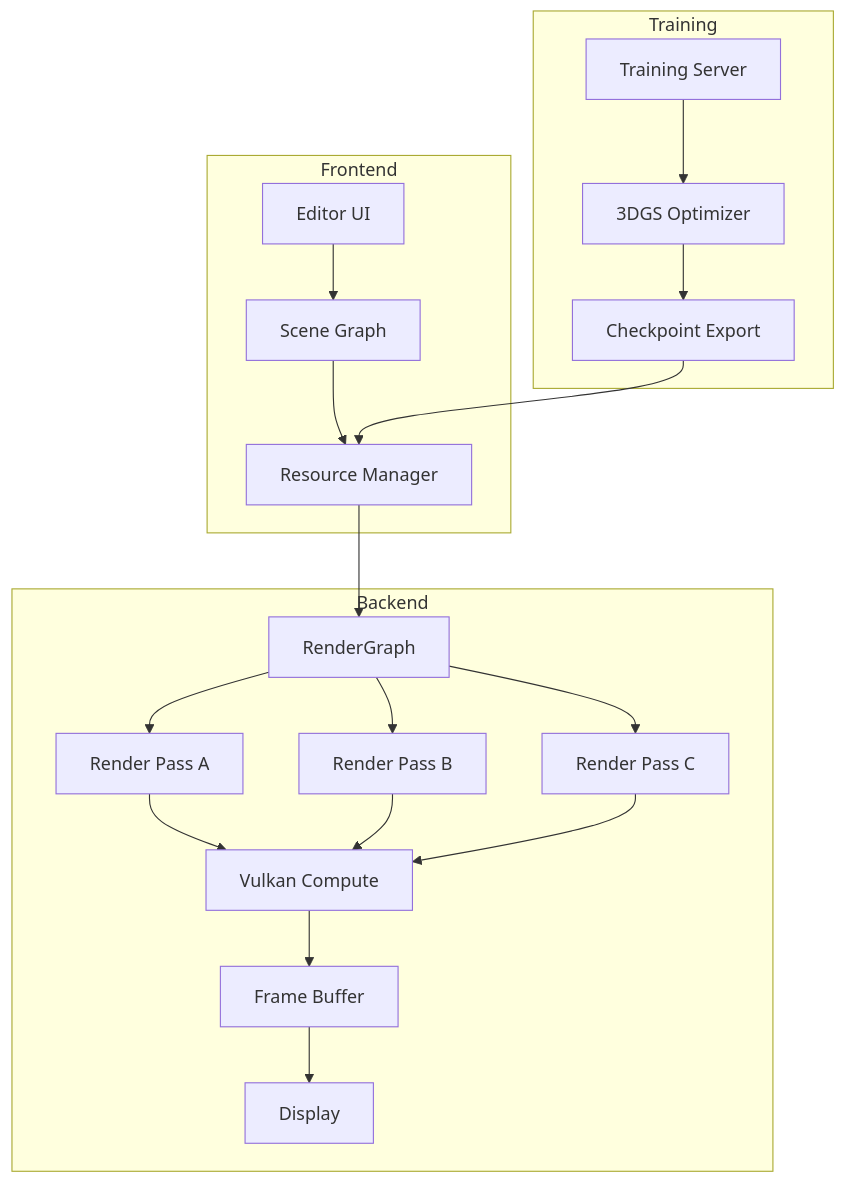
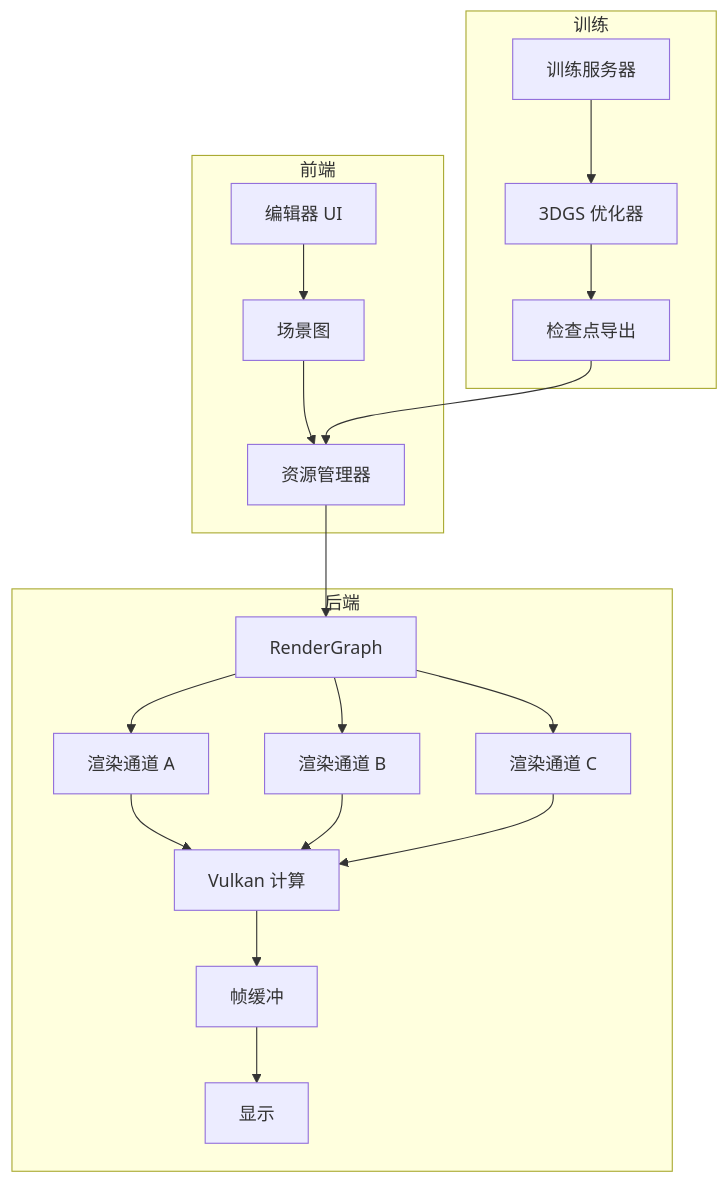
Before and after one commit to Ylin97/team_portfolio: the diagram in docs/projects/3dgs-engine.md, drawn with Mermaid. The commit also changed other lines of this file and 9 other files, not shown here.

````diff
--- a/docs/projects/3dgs-engine.md
+++ b/docs/projects/3dgs-engine.md
@@ -28,25 +28,25 @@
 ```mermaid
 graph TB
-    subgraph Frontend
-        A[Editor UI] --> B[Scene Graph]
-        B --> C[Resource Manager]
+    subgraph 前端
+        A[编辑器 UI] --> B[场景图]
+        B --> C[资源管理器]
     end
     
-    subgraph Backend
+    subgraph 后端
         C --> D[RenderGraph]
-        D --> E[Render Pass A]
-        D --> F[Render Pass B]
-        D --> G[Render Pass C]
-        E --> H[Vulkan Compute]
+        D --> E[渲染通道 A]
+        D --> F[渲染通道 B]
+        D --> G[渲染通道 C]
+        E --> H[Vulkan 计算]
         F --> H
         G --> H
-        H --> I[Frame Buffer]
-        I --> J[Display]
+        H --> I[帧缓冲]
+        I --> J[显示]
     end
     
-    subgraph Training
-        K[Training Server] --> L[3DGS Optimizer]
-        L --> M[Checkpoint Export]
+    subgraph 训练
+        K[训练服务器] --> L[3DGS 优化器]
+        L --> M[检查点导出]
         M --> C
     end
 ```
````
